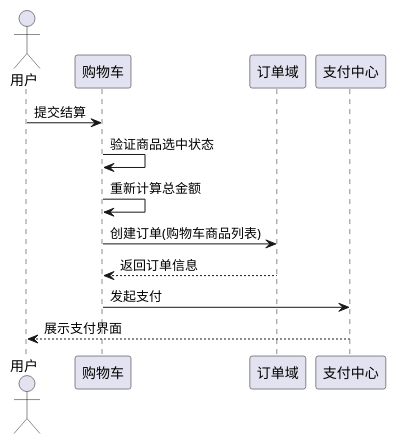
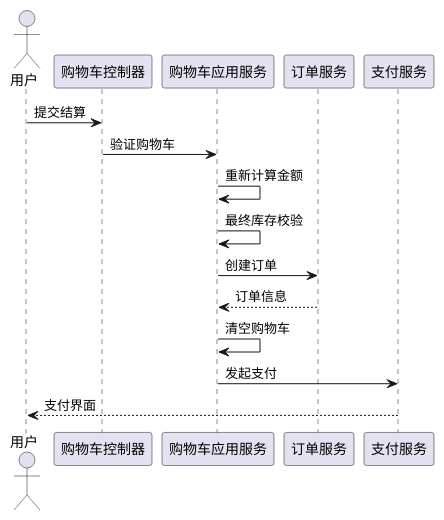
The eighth of 8 diagrams in docs/shopping/cart_technical_design.md (red-jasmine/framework), drawn with PlantUML before and after one commit. The commit also changed other lines of this file, not shown here.

````diff
--- a/docs/shopping/cart_technical_design.md
+++ b/docs/shopping/cart_technical_design.md
@@ -89,16 +254,19 @@
 ```plantuml
 @startuml
 actor 用户
-participant 购物车
-participant 订单域
-participant 支付中心
+participant 购物车控制器
+participant 购物车应用服务
+participant 订单服务
+participant 支付服务
 
-用户 -> 购物车: 提交结算
-购物车 -> 购物车: 验证商品选中状态
-购物车 -> 购物车: 重新计算总金额
-购物车 -> 订单域: 创建订单(购物车商品列表)
-订单域 --> 购物车: 返回订单信息
-购物车 -> 支付中心: 发起支付
-支付中心 --> 用户: 展示支付界面
+用户 -> 购物车控制器: 提交结算
+购物车控制器 -> 购物车应用服务: 验证购物车
+购物车应用服务 -> 购物车应用服务: 重新计算金额
+购物车应用服务 -> 购物车应用服务: 最终库存校验
+购物车应用服务 -> 订单服务: 创建订单
+订单服务 --> 购物车应用服务: 订单信息
+购物车应用服务 -> 购物车应用服务: 清空购物车
+购物车应用服务 -> 支付服务: 发起支付
+支付服务 --> 用户: 支付界面
 @enduml
 ```
````
